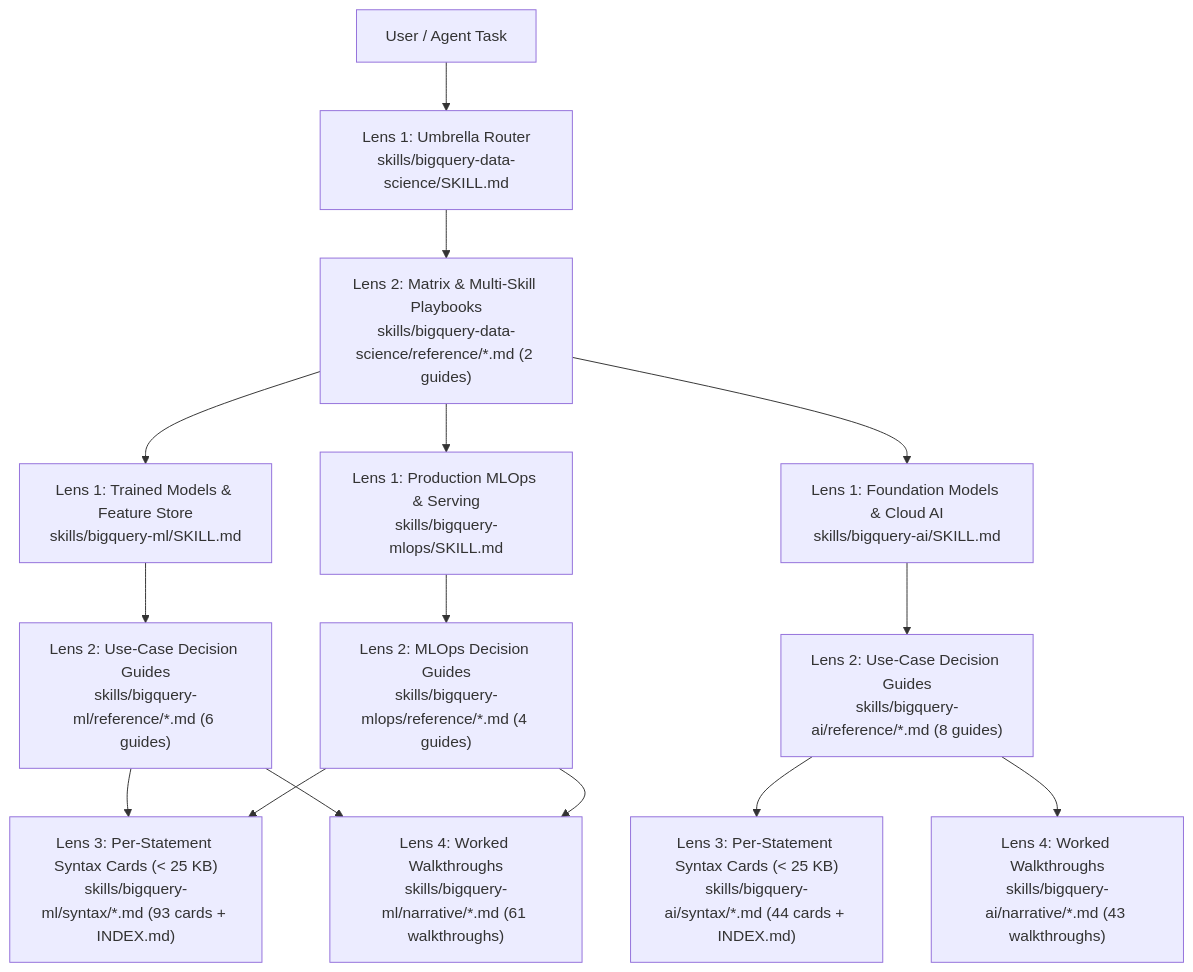
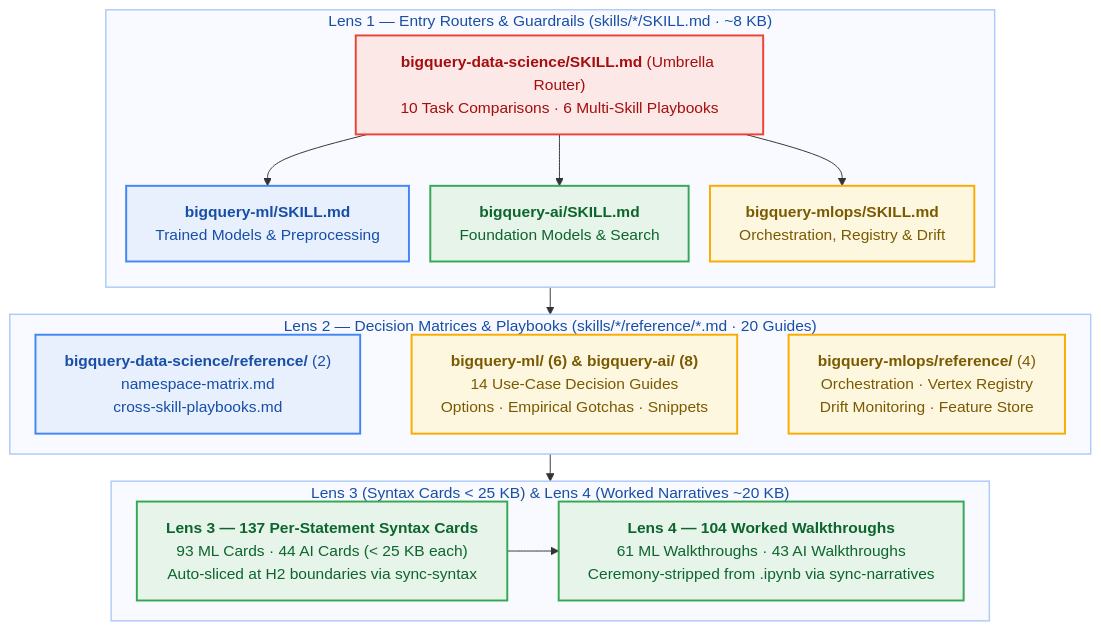
The diagram in skills/PLANS.md (statmike/bigquery-data-science), drawn with Mermaid before and after one commit. The commit also changed other lines of this file and 5 other files, not shown here.

Commit message:
docs(mermaid): apply wrappingWidth and horizontal 3-card stage layout across all 6 remaining Mermaid diagrams

````diff
--- a/skills/PLANS.md
+++ b/skills/PLANS.md
@@ -16,20 +16,44 @@
 ```mermaid
+%%{init: {'flowchart': {'wrappingWidth': 360, 'nodeSpacing': 22, 'rankSpacing': 28}}}%%
 flowchart TD
-    User["User / Agent Task"] --> L1_Router["Lens 1: Umbrella Router<br/>skills/bigquery-data-science/SKILL.md"]
-    L1_Router --> Matrix["Lens 2: Matrix & Multi-Skill Playbooks<br/>skills/bigquery-data-science/reference/*.md (2 guides)"]
-    Matrix --> L1_ML["Lens 1: Trained Models & Feature Store<br/>skills/bigquery-ml/SKILL.md"]
-    Matrix --> L1_AI["Lens 1: Foundation Models & Cloud AI<br/>skills/bigquery-ai/SKILL.md"]
-    Matrix --> L1_MLOPS["Lens 1: Production MLOps & Serving<br/>skills/bigquery-mlops/SKILL.md"]
+    subgraph L1["Lens 1 — Entry Routers & Guardrails (skills/*/SKILL.md · ~8 KB)"]
+        direction TB
+        L1_Router["<b>bigquery-data-science/SKILL.md</b> (Umbrella Router)<br/>10 Task Comparisons · 6 Multi-Skill Playbooks"]
+        L1_ML["<b>bigquery-ml/SKILL.md</b><br/>Trained Models &amp; Preprocessing"]
+        L1_AI["<b>bigquery-ai/SKILL.md</b><br/>Foundation Models &amp; Search"]
+        L1_MLOPS["<b>bigquery-mlops/SKILL.md</b><br/>Orchestration, Registry &amp; Drift"]
+        L1_Router --> L1_ML
+        L1_Router --> L1_AI
+        L1_Router --> L1_MLOPS
+    end
 
-    L1_ML --> L2_ML["Lens 2: Use-Case Decision Guides<br/>skills/bigquery-ml/reference/*.md (6 guides)"]
-    L1_AI --> L2_AI["Lens 2: Use-Case Decision Guides<br/>skills/bigquery-ai/reference/*.md (8 guides)"]
-    L1_MLOPS --> L2_MLOPS["Lens 2: MLOps Decision Guides<br/>skills/bigquery-mlops/reference/*.md (4 guides)"]
+    subgraph L2["Lens 2 — Decision Matrices & Playbooks (skills/*/reference/*.md · 20 Guides)"]
+        direction LR
+        L2_DS["<b>bigquery-data-science/reference/</b> (2)<br/>namespace-matrix.md<br/>cross-skill-playbooks.md"]
+        L2_MLAI["<b>bigquery-ml/ (6) &amp; bigquery-ai/ (8)</b><br/>14 Use-Case Decision Guides<br/>Options · Empirical Gotchas · Snippets"]
+        L2_OPS["<b>bigquery-mlops/reference/</b> (4)<br/>Orchestration · Vertex Registry<br/>Drift Monitoring · Feature Store"]
+        L2_DS ~~~ L2_MLAI ~~~ L2_OPS
+    end
 
-    L2_ML --> L3_ML["Lens 3: Per-Statement Syntax Cards (< 25 KB)<br/>skills/bigquery-ml/syntax/*.md (93 cards + INDEX.md)"]
-    L2_AI --> L3_AI["Lens 3: Per-Statement Syntax Cards (< 25 KB)<br/>skills/bigquery-ai/syntax/*.md (44 cards + INDEX.md)"]
-    L2_MLOPS --> L3_ML
+    subgraph L34["Lens 3 (Syntax Cards < 25 KB) & Lens 4 (Worked Narratives ~20 KB)"]
+        direction LR
+        L3["<b>Lens 3 — 137 Per-Statement Syntax Cards</b><br/>93 ML Cards · 44 AI Cards (&lt; 25 KB each)<br/>Auto-sliced at H2 boundaries via sync-syntax"]
+        L4["<b>Lens 4 — 104 Worked Walkthroughs</b><br/>61 ML Walkthroughs · 43 AI Walkthroughs<br/>Ceremony-stripped from .ipynb via sync-narratives"]
+        L3 --> L4
+    end
 
-    L2_ML --> L4_ML["Lens 4: Worked Walkthroughs<br/>skills/bigquery-ml/narrative/*.md (61 walkthroughs)"]
-    L2_AI --> L4_AI["Lens 4: Worked Walkthroughs<br/>skills/bigquery-ai/narrative/*.md (43 walkthroughs)"]
-    L2_MLOPS --> L4_ML
+    L1 --> L2 --> L34
+
+    style L1 fill:#F8FAFF,stroke:#AECBFA,stroke-width:1.5px,color:#174EA6
+    style L2 fill:#F8FAFF,stroke:#AECBFA,stroke-width:1.5px,color:#174EA6
+    style L34 fill:#F8FAFF,stroke:#AECBFA,stroke-width:1.5px,color:#174EA6
+
+    classDef data fill:#E8F0FE,stroke:#4285F4,stroke-width:2px,color:#174EA6
+    classDef config fill:#FEF7E0,stroke:#F9AB00,stroke-width:2px,color:#7A5A00
+    classDef route fill:#FCE8E6,stroke:#EA4335,stroke-width:2px,color:#A50E0E
+    classDef compute fill:#E6F4EA,stroke:#34A853,stroke-width:2px,color:#0D652D
+    class L1_Router route
+    class L1_ML,L2_DS data
+    class L1_AI,L3,L4 compute
+    class L1_MLOPS,L2_MLAI,L2_OPS config
 ```
````
